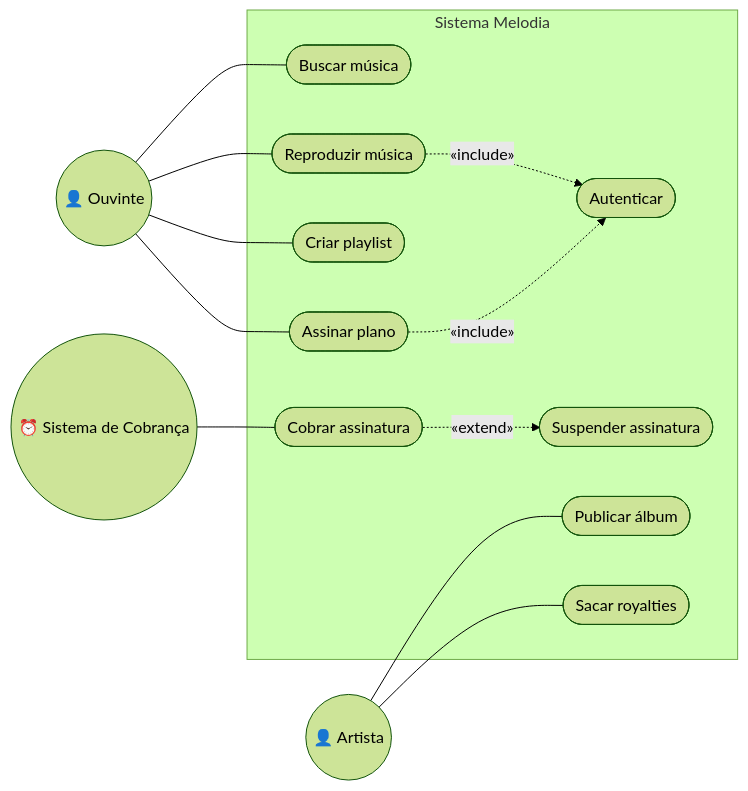
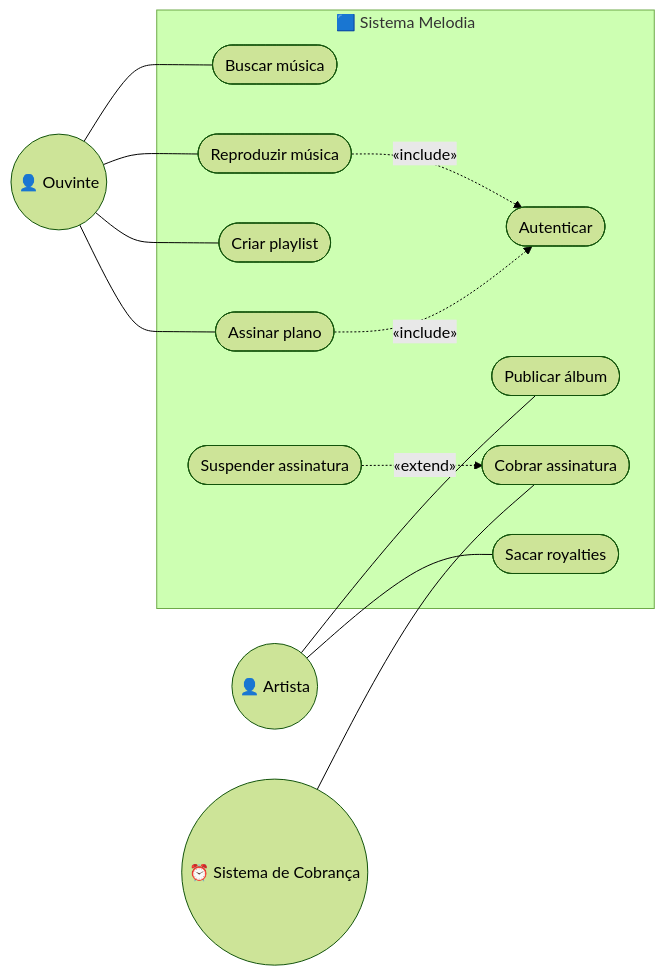
Before and after one commit to luiscarlosjunior/aulas-graduacao: the seventh of 7 diagrams in 02-programacao/java/03-POO/01-modelagem/analise-projeto-uml/08-diagrama-casos-de-uso/README.md, drawn with Mermaid (forest theme). The commit also changed other lines of this file and 26 other files, not shown here.

Commit message:
Add novas explicacoes sobre diagramas e interface

````diff
--- a/02-programacao/java/03-POO/01-modelagem/analise-projeto-uml/08-diagrama-casos-de-uso/README.md
+++ b/02-programacao/java/03-POO/01-modelagem/analise-projeto-uml/08-diagrama-casos-de-uso/README.md
@@ -33,30 +242,30 @@
 ```mermaid
 flowchart LR
     ouvinte(("👤 Ouvinte"))
     artista(("👤 Artista"))
     cobranca(("⏰ Sistema de Cobrança"))
 
-    subgraph SB["Sistema Melodia"]
+    subgraph SB["🟦 Sistema Melodia"]
         uc1(["Buscar música"])
         uc2(["Reproduzir música"])
         uc3(["Criar playlist"])
         uc4(["Assinar plano"])
         uc5(["Autenticar"])
         uc6(["Publicar álbum"])
         uc7(["Sacar royalties"])
         uc8(["Cobrar assinatura"])
         uc9(["Suspender assinatura"])
     end
 
     ouvinte --- uc1
     ouvinte --- uc2
     ouvinte --- uc3
     ouvinte --- uc4
     artista --- uc6
     artista --- uc7
     cobranca --- uc8
 
     uc2 -.->|"«include»"| uc5
     uc4 -.->|"«include»"| uc5
-    uc8 -.->|"«extend»"| uc9
+    uc9 -.->|"«extend»"| uc8
 ```
````
